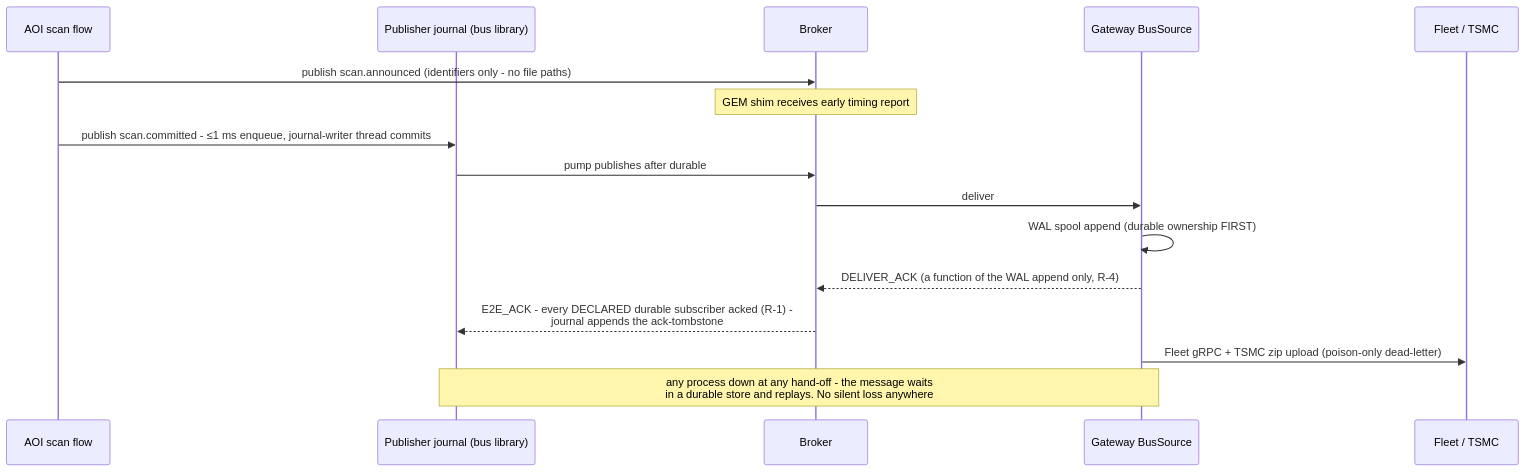
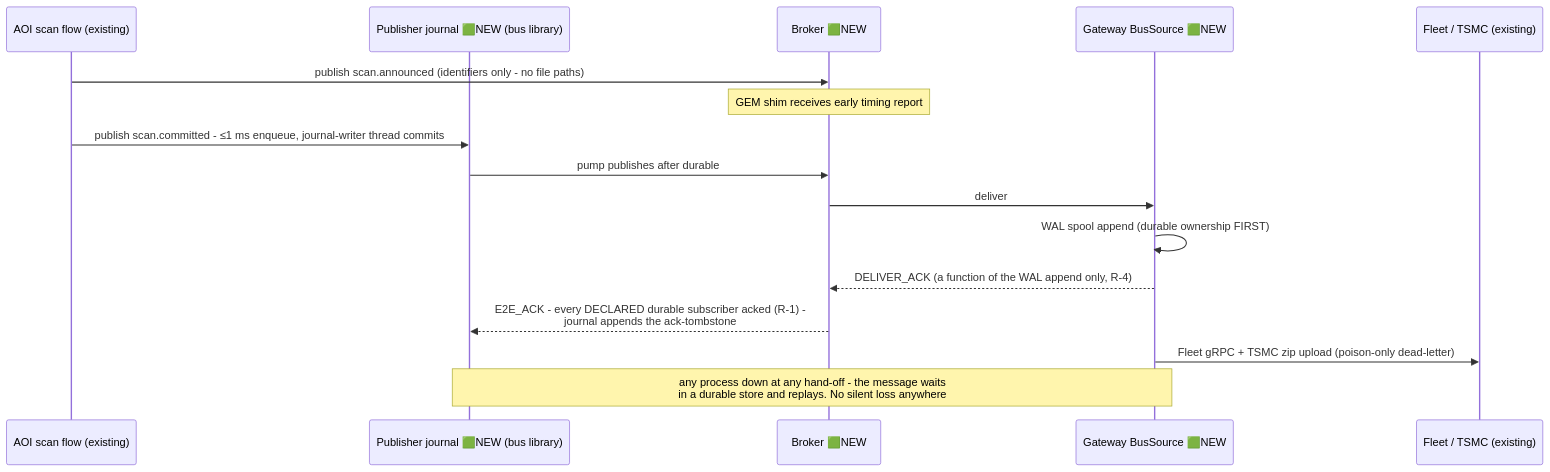
Before and after one commit to amitA-camtek/bus_gateway: the fourth of 15 diagrams in stage/01-system-architecture.md, drawn with Mermaid. The commit also changed other lines of this file and 11 other files, not shown here.

````diff
--- a/stage/01-system-architecture.md
+++ b/stage/01-system-architecture.md
@@ -101,19 +130,19 @@
 ```mermaid
 sequenceDiagram
-    participant ST as AOI scan flow
-    participant J as Publisher journal (bus library)
-    participant BUS as Broker
-    participant GW as Gateway BusSource
-    participant EXT as Fleet / TSMC
+    participant ST as AOI scan flow (existing)
+    participant J as Publisher journal 🟩NEW (bus library)
+    participant BUS as Broker 🟩NEW
+    participant GW as Gateway BusSource 🟩NEW
+    participant EXT as Fleet / TSMC (existing)
 
     ST->>BUS: publish scan.announced (identifiers only - no file paths)
     Note over BUS: GEM shim receives early timing report
     ST->>J: publish scan.committed - ≤1 ms enqueue, journal-writer thread commits
     J->>BUS: pump publishes after durable
     BUS->>GW: deliver
     GW->>GW: WAL spool append (durable ownership FIRST)
     GW-->>BUS: DELIVER_ACK (a function of the WAL append only, R-4)
     BUS-->>J: E2E_ACK - every DECLARED durable subscriber acked (R-1) -<br/>journal appends the ack-tombstone
     GW->>EXT: Fleet gRPC + TSMC zip upload (poison-only dead-letter)
     Note over J,GW: any process down at any hand-off - the message waits<br/>in a durable store and replays. No silent loss anywhere
 ```
````
